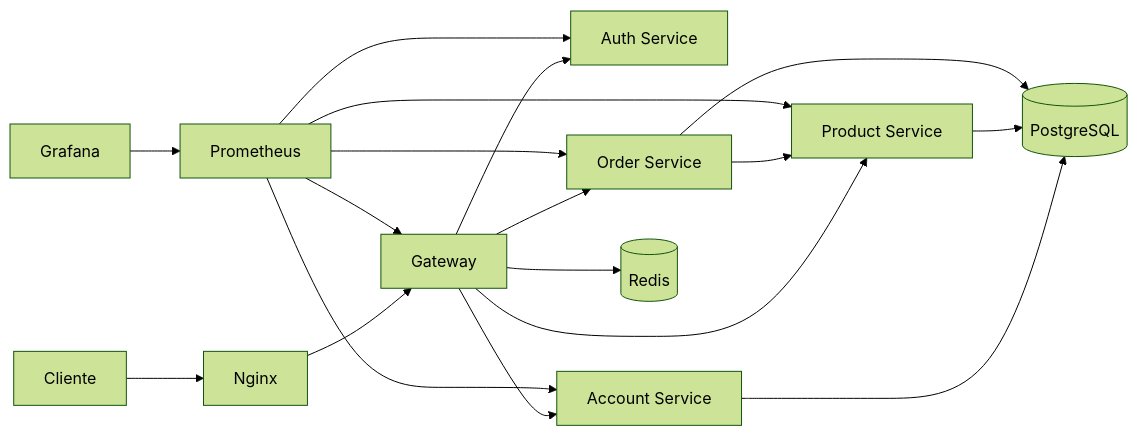
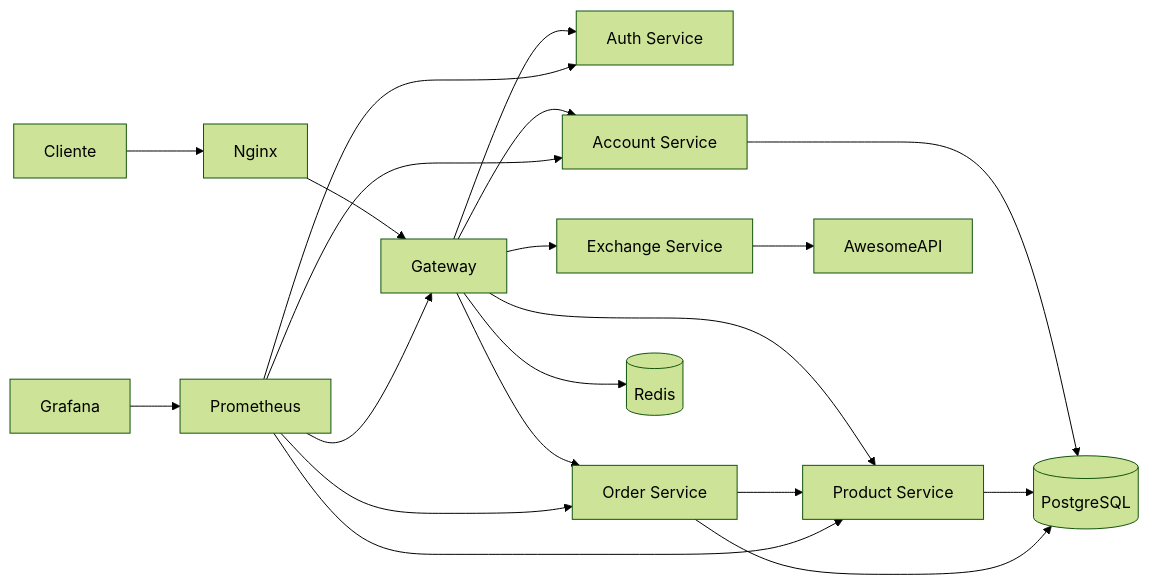
The diagram in docs/projeto/index.md (insper-matheusvmd/platform), drawn with Mermaid (forest theme) before and after one commit. The commit also changed other lines of this file and 13 other files, not shown here.

````diff
--- a/docs/projeto/index.md
+++ b/docs/projeto/index.md
@@ -9,20 +9,22 @@
 ```mermaid
 flowchart LR
     User[Cliente] --> Nginx[Nginx]
     Nginx --> Gateway[Gateway]
     Gateway --> Auth[Auth Service]
     Gateway --> Account[Account Service]
     Gateway --> Product[Product Service]
     Gateway --> Order[Order Service]
+    Gateway --> Exchange[Exchange Service]
     Order --> Product
     Account --> Postgres[(PostgreSQL)]
     Product --> Postgres
     Order --> Postgres
     Gateway --> Redis[(Redis)]
+    Exchange --> AwesomeAPI[AwesomeAPI]
     Prometheus[Prometheus] --> Gateway
     Prometheus --> Auth
     Prometheus --> Account
     Prometheus --> Product
     Prometheus --> Order
     Grafana[Grafana] --> Prometheus
 ```
````
